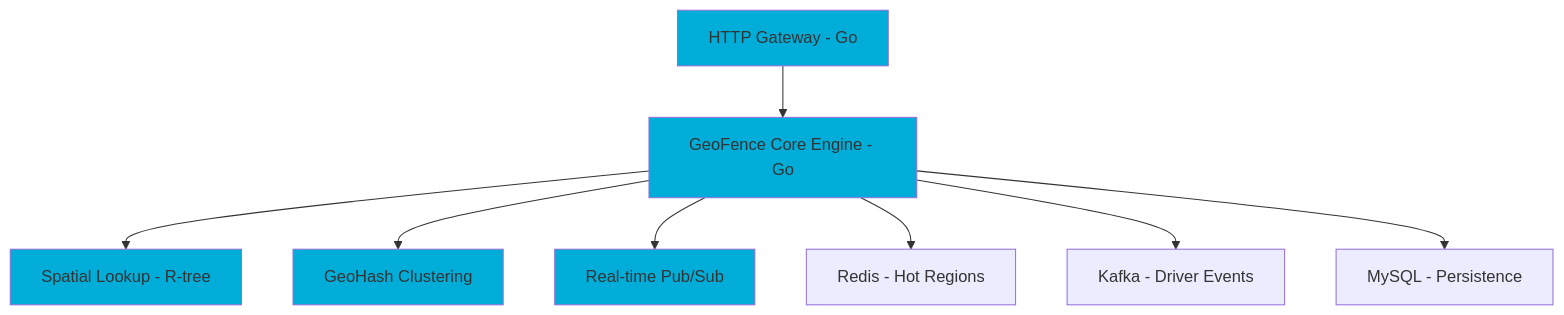
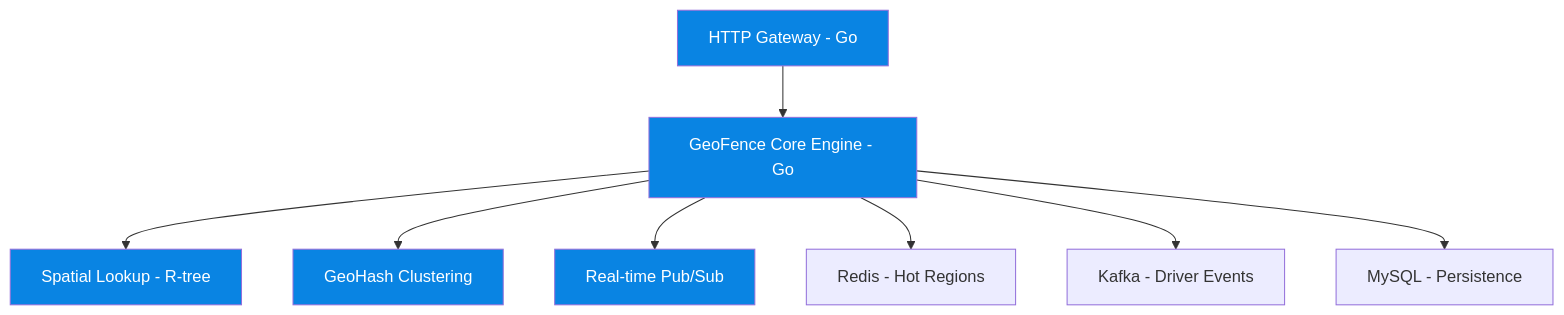
The diagram in architecture-general/02-application-software-architecture/07-language-selection/01-uber-go-vs-rust-case-study.md (gurkanindibay/azure_learning), drawn with Mermaid before and after one commit. The commit also changed 7 other files, not shown here.

Commit message:
Add accessibility guidelines for diagrams and documentation

````diff
--- a/architecture-general/02-application-software-architecture/07-language-selection/01-uber-go-vs-rust-case-study.md
+++ b/architecture-general/02-application-software-architecture/07-language-selection/01-uber-go-vs-rust-case-study.md
@@ -73,16 +73,16 @@
 ```mermaid
 graph TB
     A[HTTP Gateway - Go] --> B[GeoFence Core Engine - Go]
     B --> C[Spatial Lookup - R-tree]
     B --> D[GeoHash Clustering]
     B --> E[Real-time Pub/Sub]
     B --> F[Redis - Hot Regions]
     B --> G[Kafka - Driver Events]
     B --> H[MySQL - Persistence]
     
-    style A fill:#00ADD8
-    style B fill:#00ADD8
-    style C fill:#00ADD8
-    style D fill:#00ADD8
-    style E fill:#00ADD8
+    style A fill:#0984e3,color:#ffffff
+    style B fill:#0984e3,color:#ffffff
+    style C fill:#0984e3,color:#ffffff
+    style D fill:#0984e3,color:#ffffff
+    style E fill:#0984e3,color:#ffffff
 ```
````
